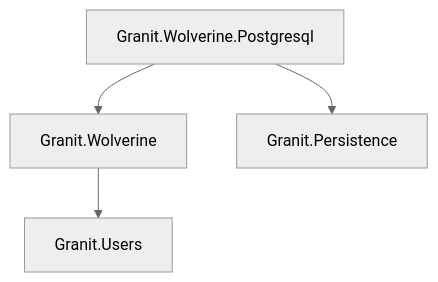
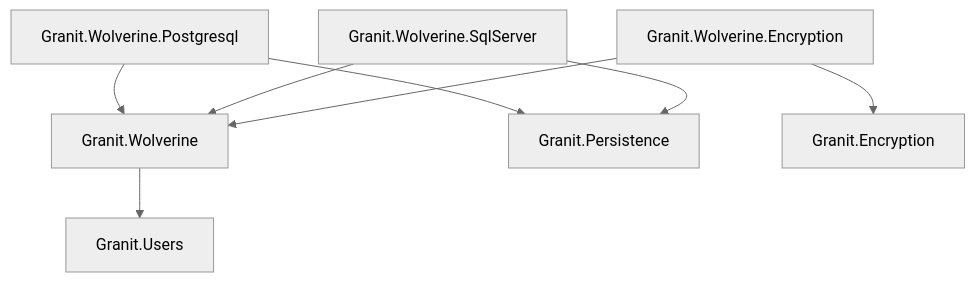
One commit to granit-fx/granit-docs changed the first of 3 diagrams in src/content/docs/dotnet/infrastructure/wolverine-messaging.mdx. Above: the diagram before and after it, drawn with Mermaid (neutral theme). The commit also changed other lines of this file and 1 other file, not shown here.

First line of the commit message:
docs(wolverine): document SqlServer and Encryption satellite packages

````diff
--- a/src/content/docs/dotnet/infrastructure/wolverine-messaging.mdx
+++ b/src/content/docs/dotnet/infrastructure/wolverine-messaging.mdx
@@ -31,6 +35,10 @@
 ```mermaid
 graph TD
     W[Granit.Wolverine] --> S[Granit.Users]
     WP[Granit.Wolverine.Postgresql] --> W
     WP --> P[Granit.Persistence]
+    WS[Granit.Wolverine.SqlServer] --> W
+    WS --> P
+    WE[Granit.Wolverine.Encryption] --> W
+    WE --> E[Granit.Encryption]
 ```
````
